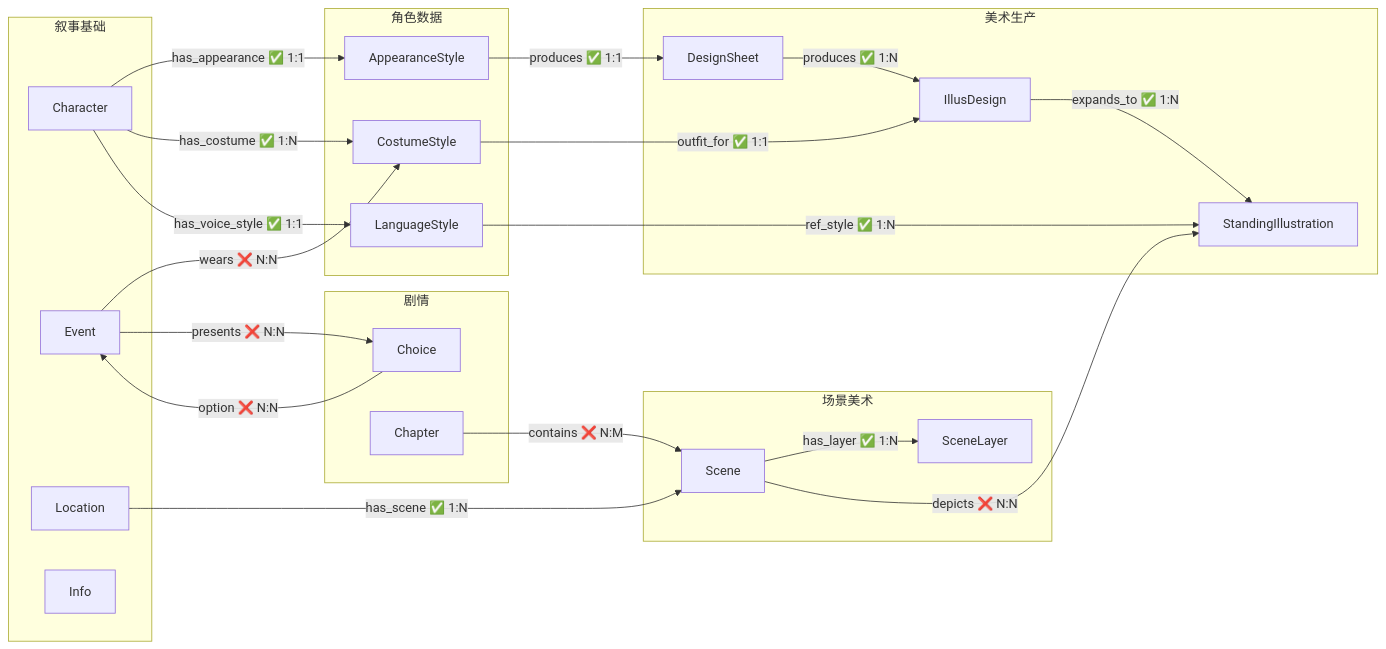
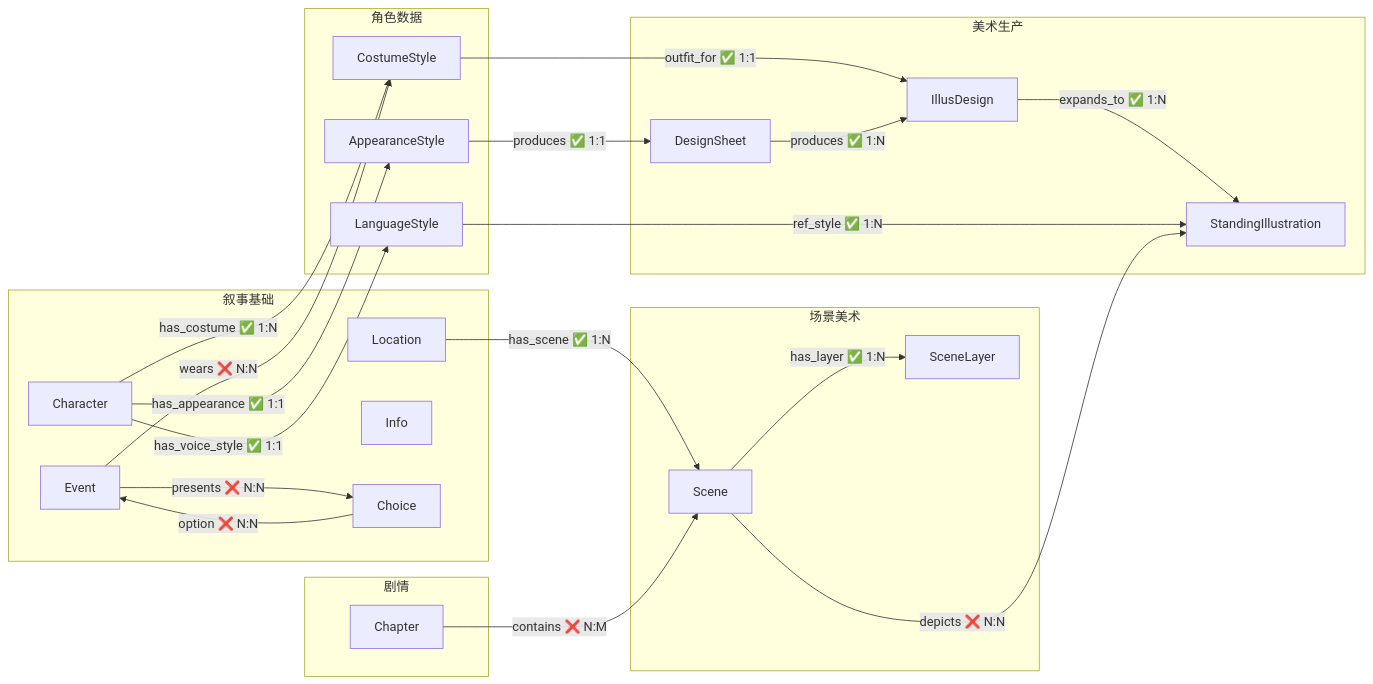
The diagram in 00_init/Schema总览.md (CrazyJinn/OtheredGlass), drawn with Mermaid before and after one commit. The commit also changed other lines of this file and 18 other files, not shown here.

````diff
--- a/00_init/Schema总览.md
+++ b/00_init/Schema总览.md
@@ -88,47 +84,47 @@
 ```mermaid
 flowchart LR
     subgraph 叙事["叙事基础"]
         Character["Character"]
         Event["Event"]
         Location["Location"]
         Info["Info"]
+        Choice["Choice"]
     end
 
     subgraph 角色数据["角色数据"]
         Appearance["AppearanceStyle"]
         Costume["CostumeStyle"]
         Language["LanguageStyle"]
     end
 
     subgraph 美术生产["美术生产"]
         DesignSheet["DesignSheet"]
         IllusDesign["IllusDesign"]
         StandingIllus["StandingIllustration"]
     end
 
     subgraph 场景美术["场景美术"]
         Scene["Scene"]
         SceneLayer["SceneLayer"]
     end
 
     subgraph 剧情["剧情"]
-        Choice["Choice"]
         Chapter["Chapter"]
     end
 
     Character -->|"has_appearance ✅ 1:1"| Appearance
     Character -->|"has_costume ✅ 1:N"| Costume
     Character -->|"has_voice_style ✅ 1:1"| Language
     Appearance -->|"produces ✅ 1:1"| DesignSheet
     Costume -->|"outfit_for ✅ 1:1"| IllusDesign
     DesignSheet -->|"produces ✅ 1:N"| IllusDesign
     Event -->|"wears ❌ N:N"| Costume
     Event -->|"presents ❌ N:N"| Choice
     Choice -->|"option ❌ N:N"| Event
     IllusDesign -->|"expands_to ✅ 1:N"| StandingIllus
     Language -->|"ref_style ✅ 1:N"| StandingIllus
     Location -->|"has_scene ✅ 1:N"| Scene
     Scene -->|"has_layer ✅ 1:N"| SceneLayer
     Chapter -->|"contains ❌ N:M"| Scene
     Scene -->|"depicts ❌ N:N"| StandingIllus
 ```
````
